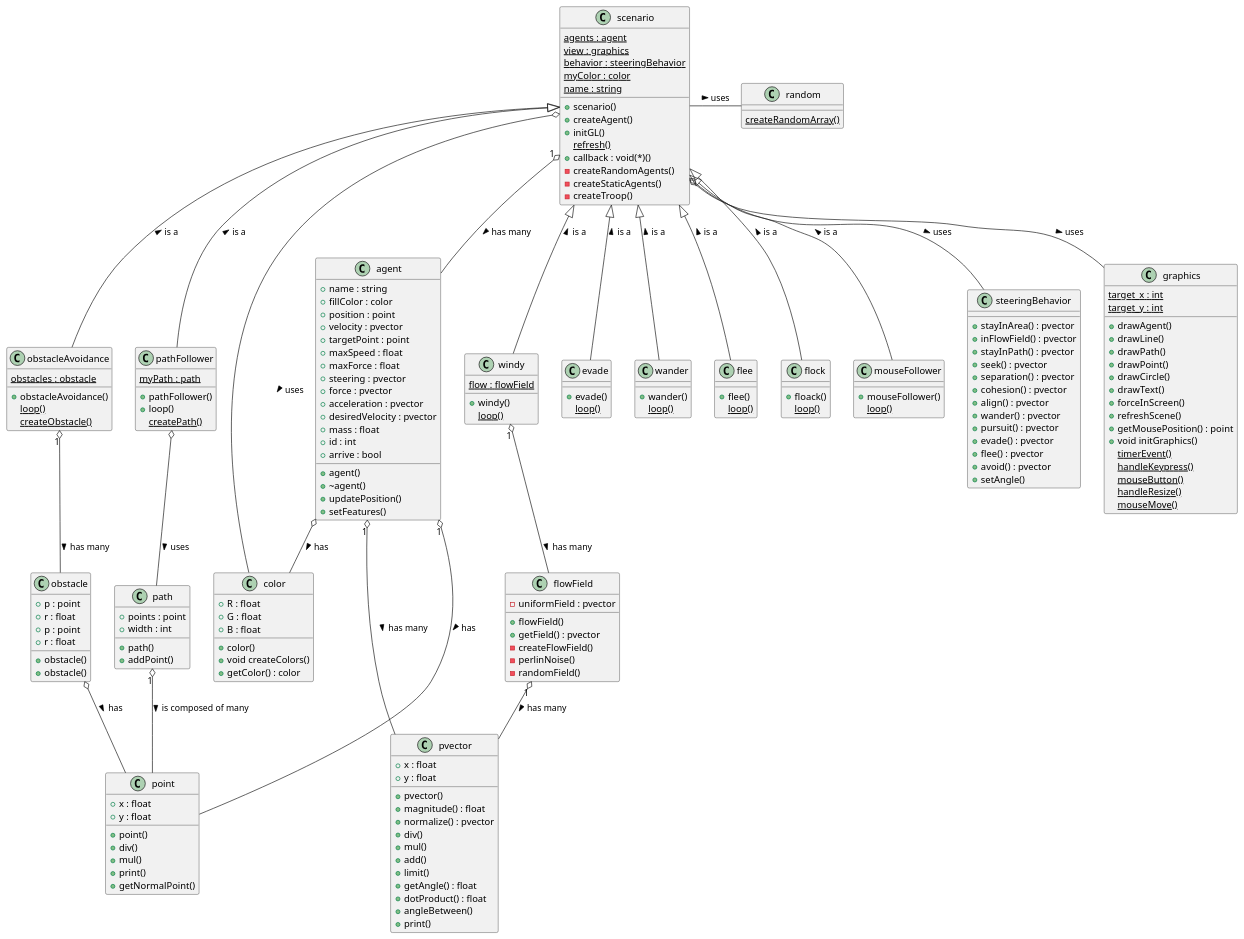
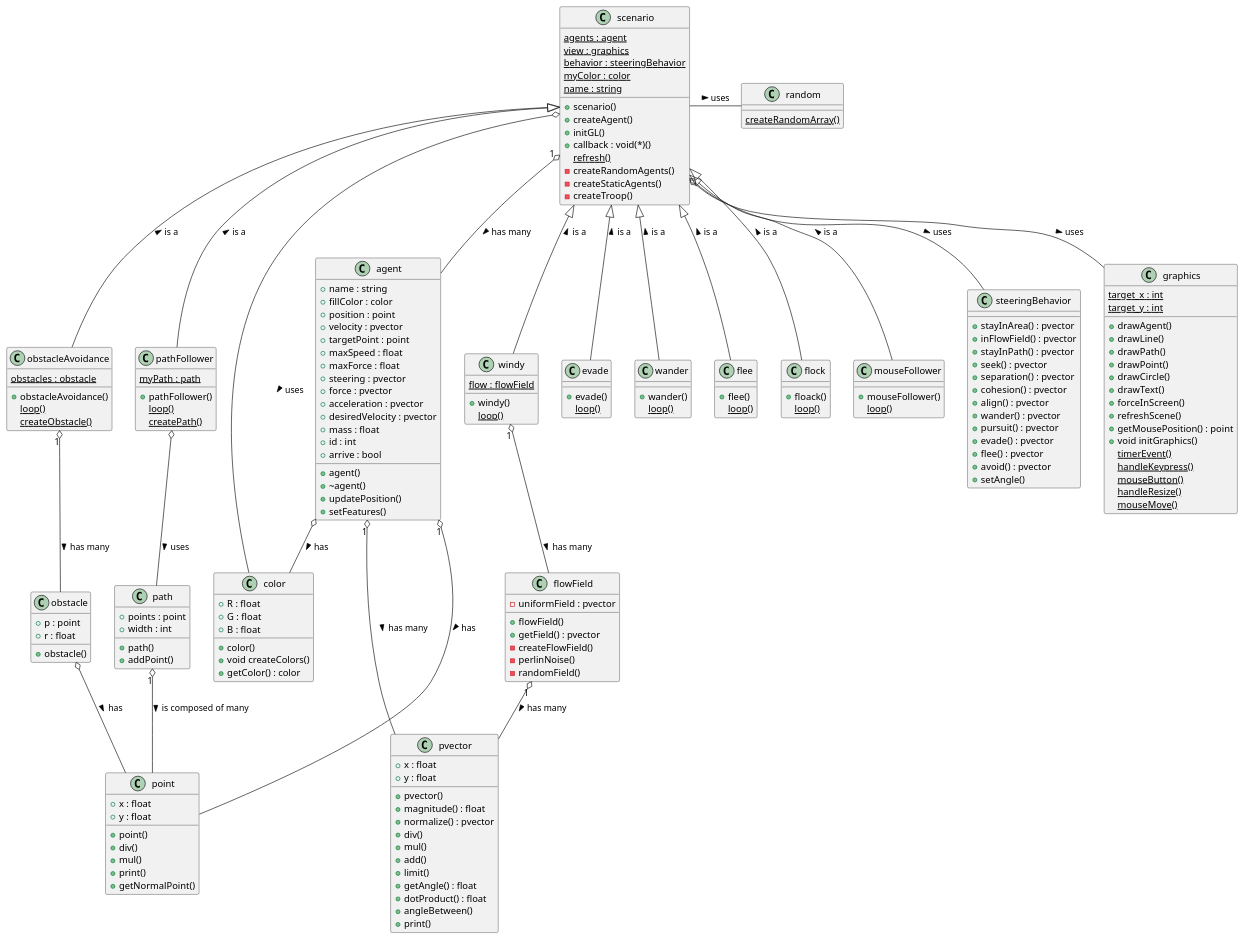
The diagram in docs/uml/class_diagram.puml (mehmetrizaoz/autonomousSteeringAgents), drawn with PlantUML before and after one commit. The commit also changed 10 other files, not shown here.

```diff
--- a/docs/uml/class_diagram.puml
+++ b/docs/uml/class_diagram.puml
@@ -1,7 +1,7 @@
 @startuml class
 class pathFollower{
   +pathFollower()
-  +loop()
+  {static}loop()
   {static}createPath()
   {static}myPath : path
 }
@@ -63,14 +63,14 @@
 class scenario {
   +scenario()
   +createAgent()
-  +initGL()
-  {static}refresh()
+  +initGL()  
   {static}agents : agent
   {static}view : graphics
   {static}behavior : steeringBehavior
   {static}myColor : color
   {static}name : string
   +callback : void(*)()
+  {static}refresh()
   -createRandomAgents()
   -createStaticAgents()
   -createTroop()
@@ -124,16 +124,10 @@
   +y : float
 }
 
-class obstacle{
-  +p : point
-  +r : float 
-  +obstacle()  
-}
-
 class flowField{
-  -uniformField : pvector 
   +flowField()
   +getField() : pvector
+  -uniformField : pvector 
   -createFlowField()
   -perlinNoise()
   -randomField()
```
